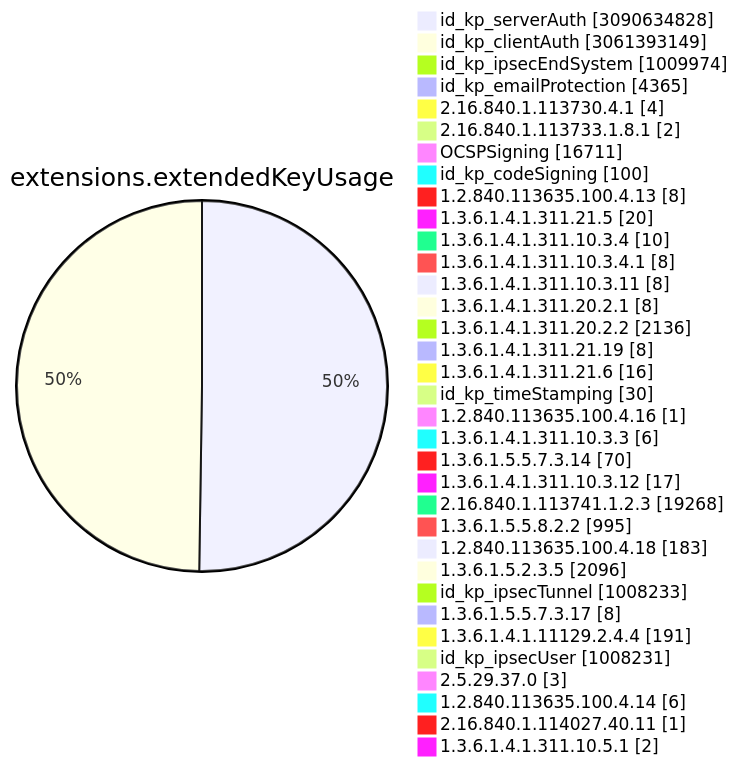
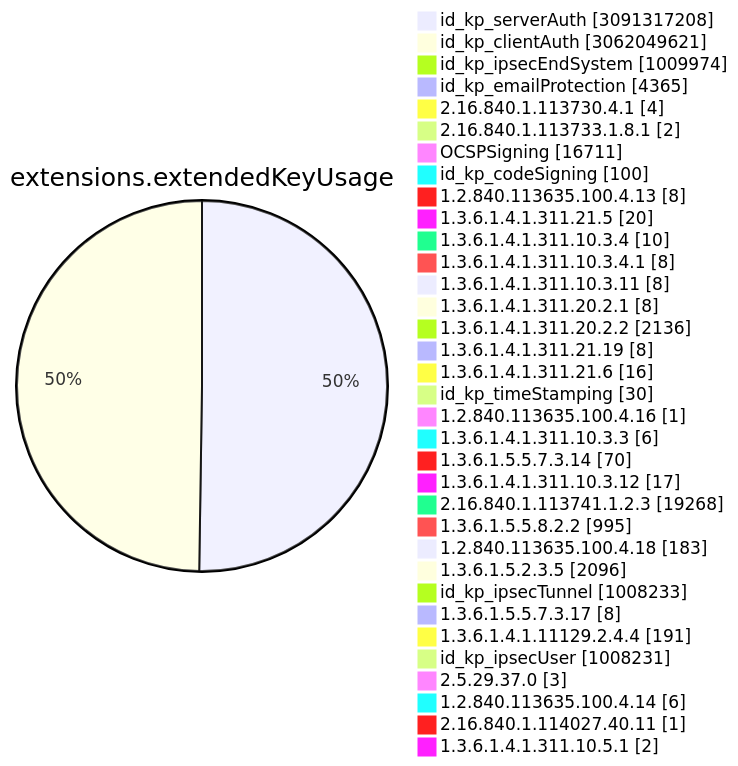
Before and after one commit to christiankrug/ctmonitor_visualization: diagram 11 of 15 in TOTAL/README.md, drawn with Mermaid. The commit also changed other lines of this file, not shown here.

````diff
--- a/TOTAL/README.md
+++ b/TOTAL/README.md
@@ -4117,38 +4117,38 @@
 ```mermaid
 pie showData
 title extensions.extendedKeyUsage
-"id_kp_serverAuth" :3090634828
-"id_kp_clientAuth" :3061393149
+"id_kp_serverAuth" :3091317208
+"id_kp_clientAuth" :3062049621
 "id_kp_ipsecEndSystem" :1009974
 "id_kp_emailProtection" :4365
 "2.16.840.1.113730.4.1" :4
 "2.16.840.1.113733.1.8.1" :2
 "OCSPSigning" :16711
 "id_kp_codeSigning" :100
 "1.2.840.113635.100.4.13" :8
 "1.3.6.1.4.1.311.21.5" :20
 "1.3.6.1.4.1.311.10.3.4" :10
 "1.3.6.1.4.1.311.10.3.4.1" :8
 "1.3.6.1.4.1.311.10.3.11" :8
 "1.3.6.1.4.1.311.20.2.1" :8
 "1.3.6.1.4.1.311.20.2.2" :2136
 "1.3.6.1.4.1.311.21.19" :8
 "1.3.6.1.4.1.311.21.6" :16
 "id_kp_timeStamping" :30
 "1.2.840.113635.100.4.16" :1
 "1.3.6.1.4.1.311.10.3.3" :6
 "1.3.6.1.5.5.7.3.14" :70
 "1.3.6.1.4.1.311.10.3.12" :17
 "2.16.840.1.113741.1.2.3" :19268
 "1.3.6.1.5.5.8.2.2" :995
 "1.2.840.113635.100.4.18" :183
 "1.3.6.1.5.2.3.5" :2096
 "id_kp_ipsecTunnel" :1008233
 "1.3.6.1.5.5.7.3.17" :8
 "1.3.6.1.4.1.11129.2.4.4" :191
 "id_kp_ipsecUser" :1008231
 "2.5.29.37.0" :3
 "1.2.840.113635.100.4.14" :6
 "2.16.840.1.114027.40.11" :1
 "1.3.6.1.4.1.311.10.5.1" :2
 ```
````
